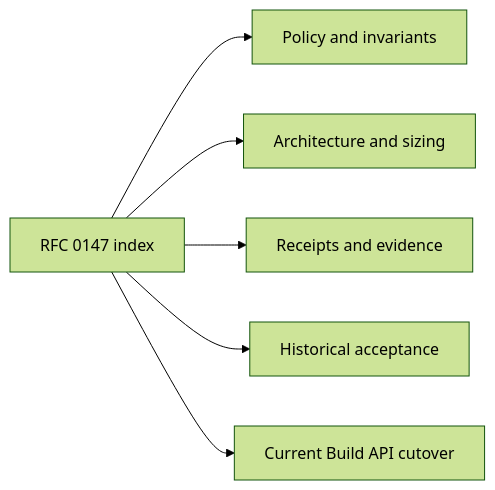
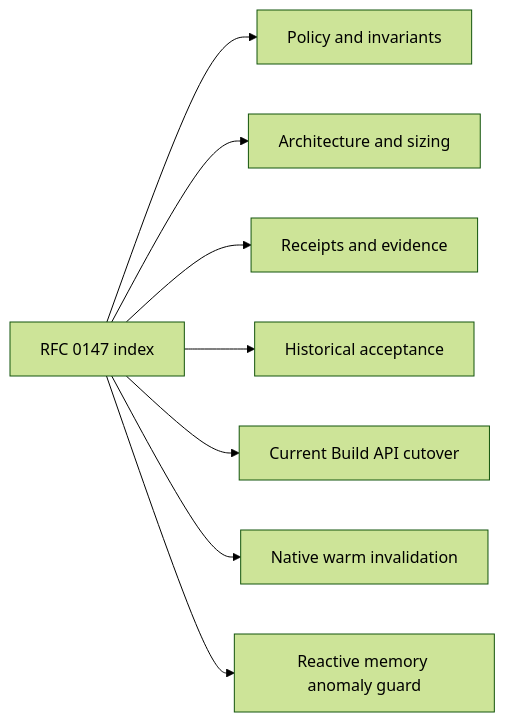
One commit to tao3k/poo-flow changed the diagram in docs/10-19-design/10.06-poo-module-system/147-adaptive-scheme-build-guard.org. Above: the diagram before and after it, drawn with Mermaid (forest theme). The commit also changed other lines of this file and 8 other files, not shown here.

Commit message:
feat(build): adopt reactive Scheme build guard

```diff
--- a/docs/10-19-design/10.06-poo-module-system/147-adaptive-scheme-build-guard.org
+++ b/docs/10-19-design/10.06-poo-module-system/147-adaptive-scheme-build-guard.org
@@ -12,9 +12,11 @@
 #+begin_src mermaid
 flowchart LR
   I[RFC 0147 index]
   I --> P[Policy and invariants]
   I --> A[Architecture and sizing]
   I --> E[Receipts and evidence]
   I --> H[Historical acceptance]
   I --> C[Current Build API cutover]
+  I --> W[Native warm invalidation]
+  I --> M[Reactive memory anomaly guard]
 #+end_src
```
